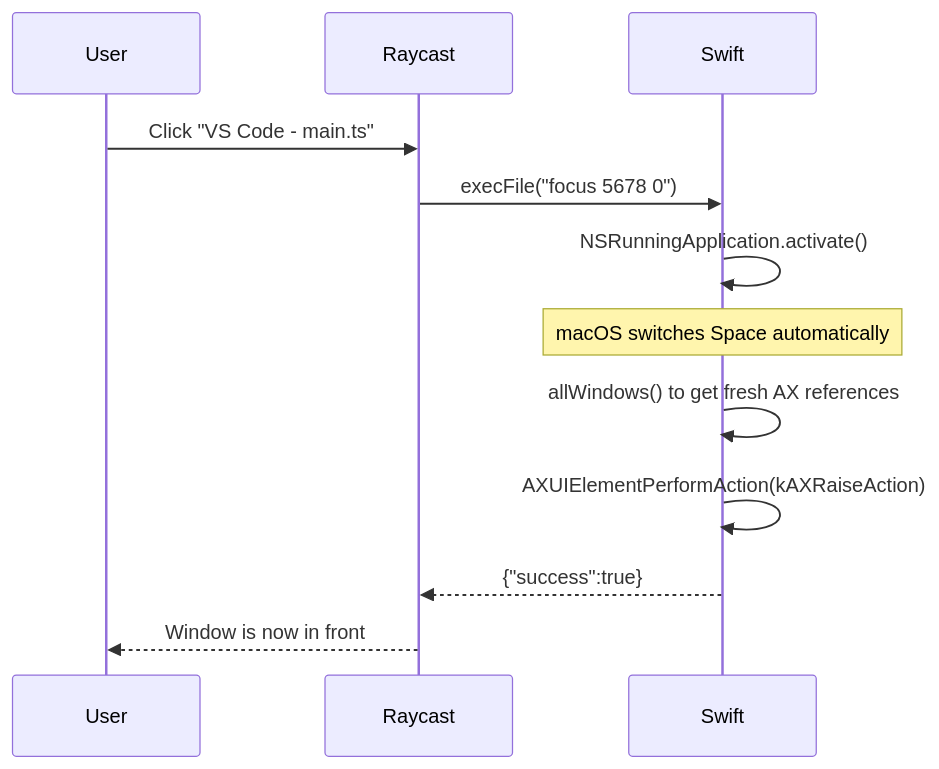
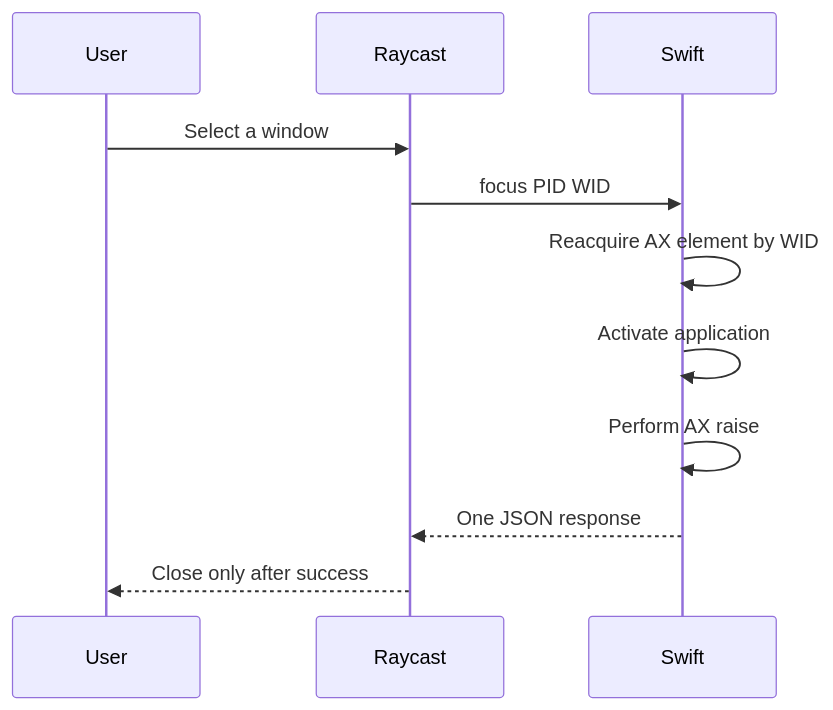
Before and after one commit to devadathanmb/raycast-window-ninja: the sixth of 8 diagrams in WORKING.md, drawn with Mermaid. The commit also changed other lines of this file and 3 other files, not shown here.

````diff
--- a/WORKING.md
+++ b/WORKING.md
@@ -302,15 +304,14 @@
 ```mermaid
 sequenceDiagram
     participant User
     participant Raycast
     participant Swift
 
-    User->>Raycast: Click "VS Code - main.ts"
-    Raycast->>Swift: execFile("focus 5678 0")
-    Swift->>Swift: NSRunningApplication.activate()
-    Note over Swift: macOS switches Space automatically
-    Swift->>Swift: allWindows() to get fresh AX references
-    Swift->>Swift: AXUIElementPerformAction(kAXRaiseAction)
-    Swift-->>Raycast: {"success":true}
-    Raycast-->>User: Window is now in front
+    User->>Raycast: Select a window
+    Raycast->>Swift: focus PID WID
+    Swift->>Swift: Reacquire AX element by WID
+    Swift->>Swift: Activate application
+    Swift->>Swift: Perform AX raise
+    Swift-->>Raycast: One JSON response
+    Raycast-->>User: Close only after success
 ```
````
